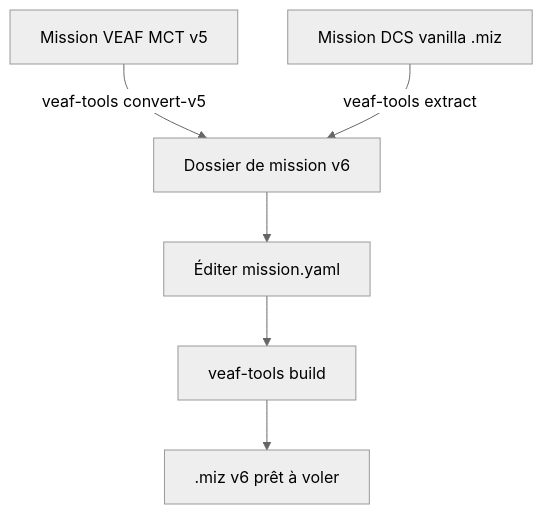
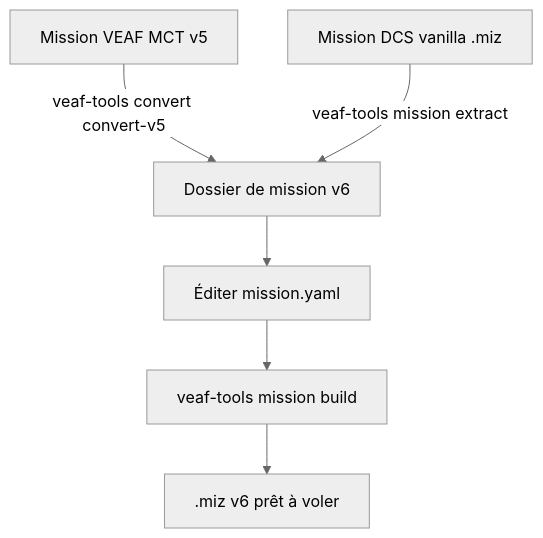
The diagram in doc/mission-maker/MIGRATION_GUIDE.md (VEAF/VEAF-Mission-Creation-Tools), drawn with Mermaid (neutral theme) before and after one commit. The commit also changed other lines of this file and 59 other files, not shown here.

````diff
--- a/doc/mission-maker/MIGRATION_GUIDE.md
+++ b/doc/mission-maker/MIGRATION_GUIDE.md
@@ -10,8 +10,8 @@
 ```mermaid
 flowchart TD
-    V5[Mission VEAF MCT v5] -->|veaf-tools convert-v5| FOLDER[Dossier de mission v6]
-    VAN[Mission DCS vanilla .miz] -->|veaf-tools extract| FOLDER
+    V5[Mission VEAF MCT v5] -->|veaf-tools convert convert-v5| FOLDER[Dossier de mission v6]
+    VAN[Mission DCS vanilla .miz] -->|veaf-tools mission extract| FOLDER
     FOLDER --> CFG[Éditer mission.yaml]
-    CFG --> BUILD[veaf-tools build]
+    CFG --> BUILD[veaf-tools mission build]
     BUILD --> MIZ[.miz v6 prêt à voler]
 ```
````
